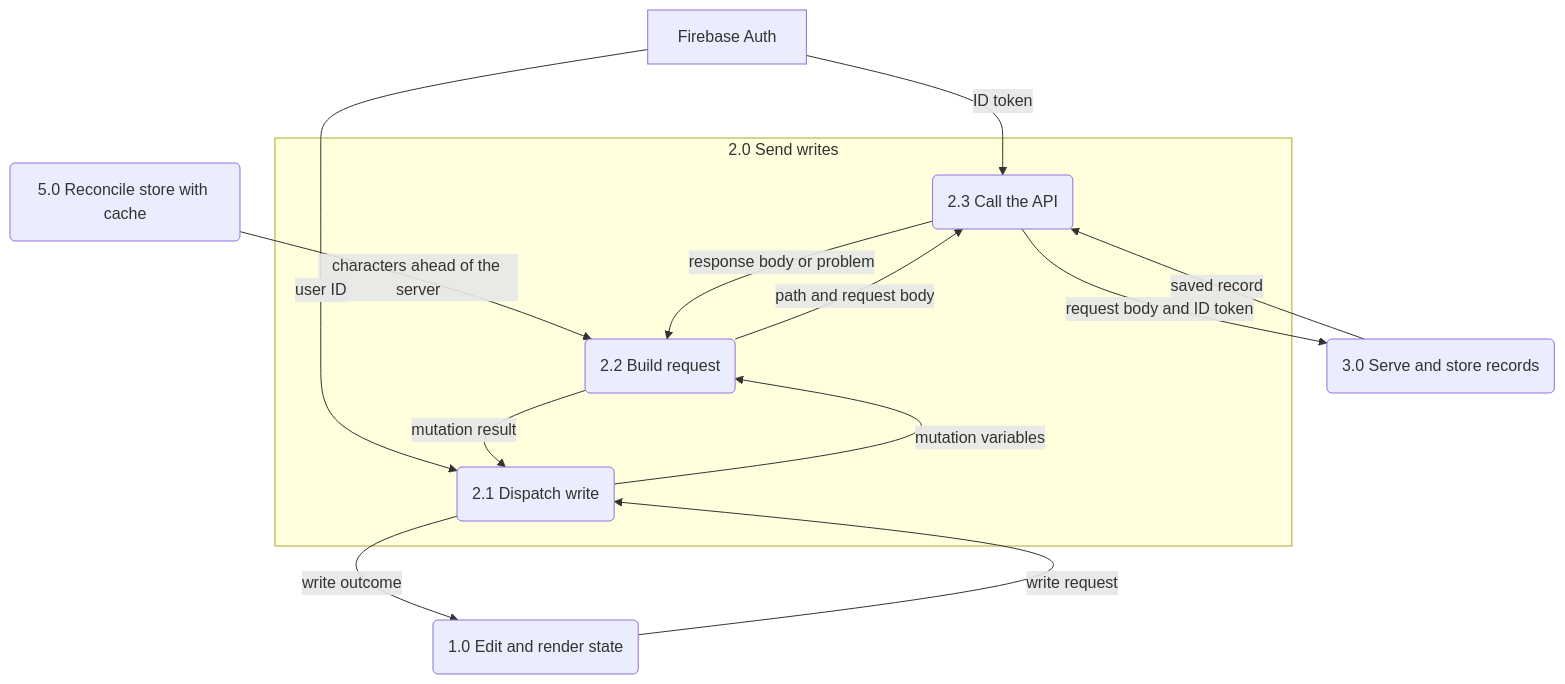
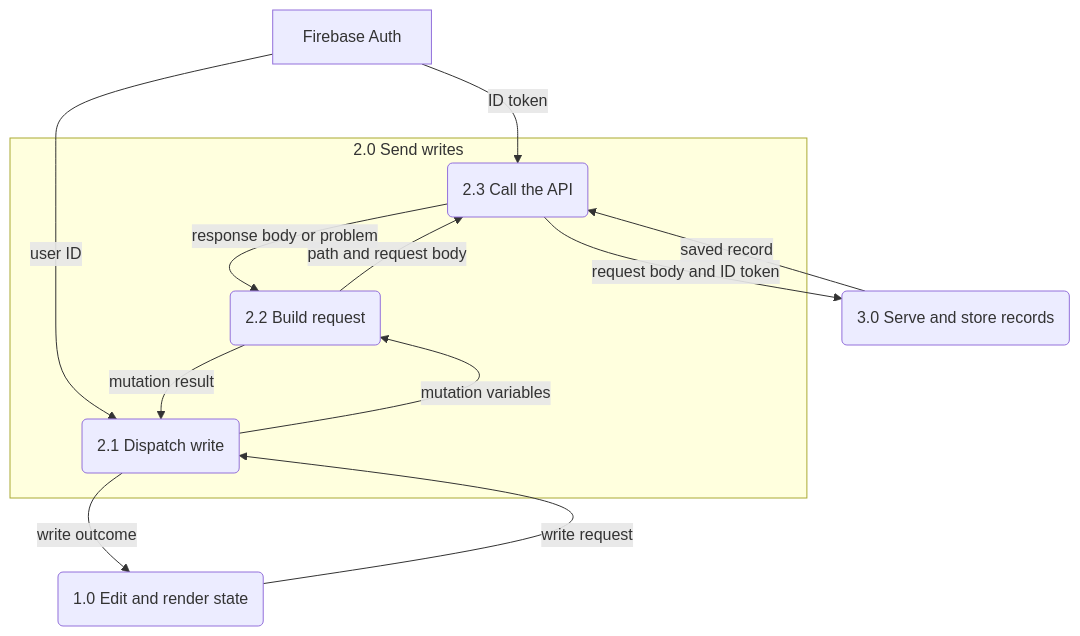
Before and after one commit to dungeon-studio/genshin.dungeon.studio: the second of 3 diagrams in docs/reference/data-flow-layers.md, drawn with Mermaid. The commit also changed other lines of this file and 32 other files, not shown here.

````diff
--- a/docs/reference/data-flow-layers.md
+++ b/docs/reference/data-flow-layers.md
@@ -236,25 +223,23 @@
 ```mermaid
 flowchart TB
   firebaseAuth[Firebase Auth]
   edit(1.0 Edit and render state)
-  reconcile(5.0 Reconcile store with cache)
   serve(3.0 Serve and store records)
 
   subgraph send[2.0 Send writes]
     dispatch(2.1 Dispatch write)
     build(2.2 Build request)
     callApi(2.3 Call the API)
   end
 
   edit -->|write request| dispatch
   dispatch -->|mutation variables| build
-  reconcile -->|characters ahead of the server| build
   build -->|path and request body| callApi
   firebaseAuth -->|ID token| callApi
   firebaseAuth -->|user ID| dispatch
   callApi -->|request body and ID token| serve
   serve -->|saved record| callApi
   callApi -->|response body or problem| build
   build -->|mutation result| dispatch
   dispatch -->|write outcome| edit
 ```
````
